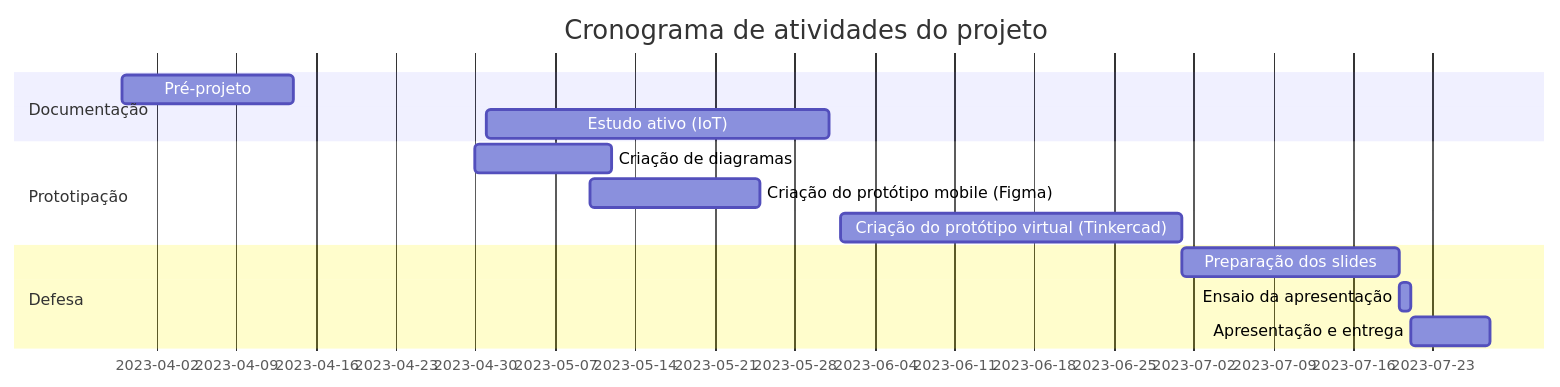
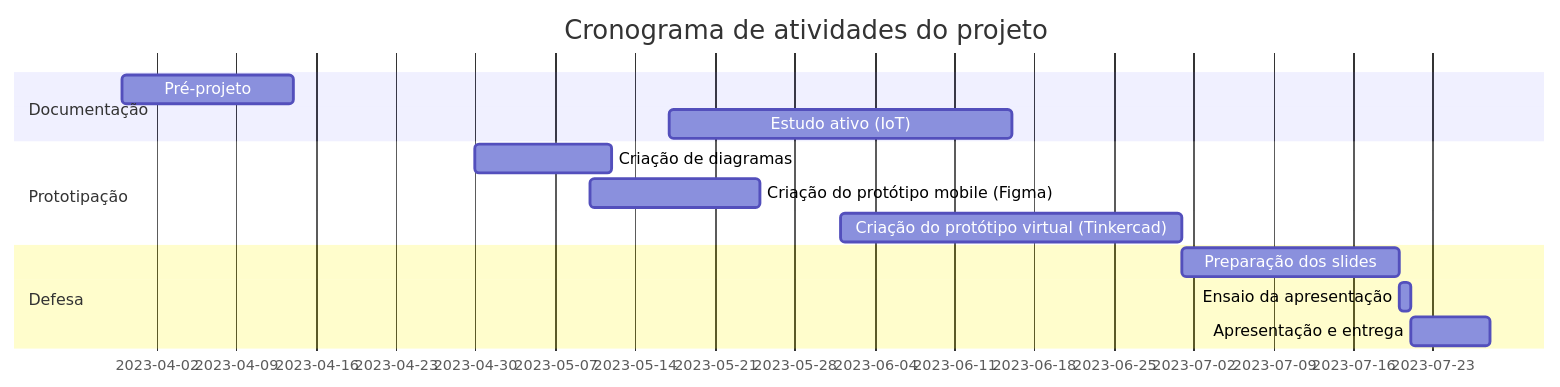
The diagram in README.md (AgathaSena/Projeto-Integrador-II), drawn with Mermaid before and after one commit.

Commit message:
fix:estudo ativo

````diff
--- a/README.md
+++ b/README.md
@@ -6,16 +6,16 @@
  ```mermaid
     gantt
     title Cronograma de atividades do projeto
     dateFormat  YYYY-MM-DD
     section Documentação
     Pré-projeto     :a1,  2023-03-30, 15d
-    Estudo ativo (IoT)  :a2, 2023-05-01, 30d
+    Estudo ativo (IoT)  :a2, 2023-05-17, 30d
     section Prototipação
     Criação de diagramas     :       c1,  2023-04-30, 12d
     Criação do protótipo mobile (Figma)      :c2,    2023-05-10, 15d
     Criação do protótipo virtual (Tinkercad)      :c3,    2023-06-01, 30d
     section Defesa
     Preparação dos slides :p1, after c3, 19d
     Ensaio da apresentação :p2, after p1, 01d
     Apresentação e entrega  :p3, after p2, 07d
 ``` 
````
